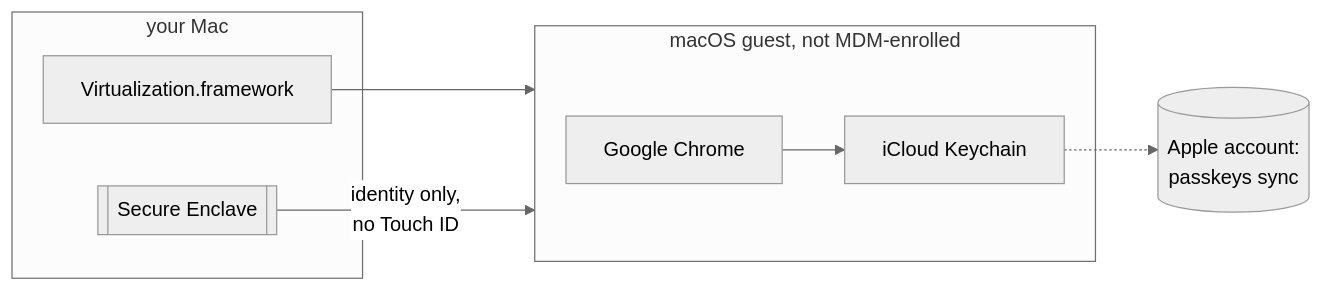
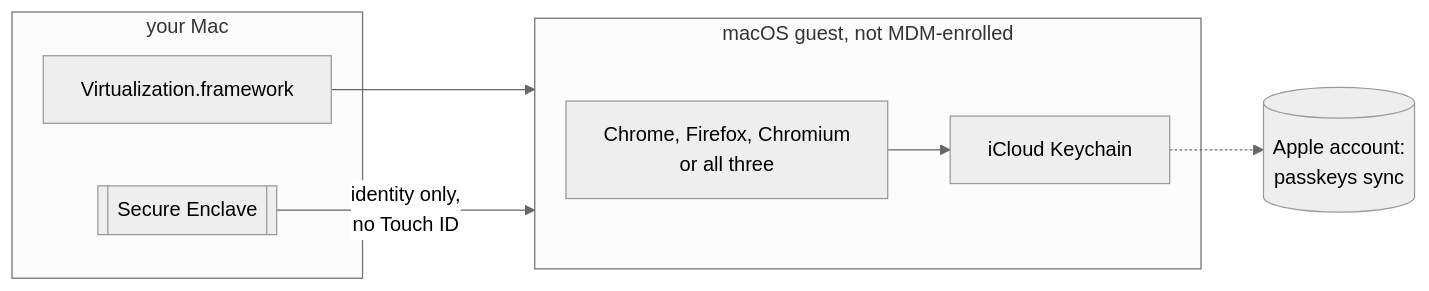
Before and after one commit to sapn95/browser-in-a-box: the third of 3 diagrams in README.md, drawn with Mermaid (neutral theme). The commit also changed other lines of this file and 1 other file, not shown here.

First line of the commit message:
docs: the diagrams show three browsers, and the README is checked against the code

````diff
--- a/README.md
+++ b/README.md
@@ -106,13 +106,13 @@
 ```mermaid
 flowchart LR
     subgraph host [your Mac]
         V[Virtualization.framework]
         S[[Secure Enclave]]
     end
     subgraph vm [macOS guest, not MDM-enrolled]
-        C[Google Chrome] --> KC[iCloud Keychain]
+        C[Chrome, Firefox, Chromium<br/>or all three] --> KC[iCloud Keychain]
     end
     V --> vm
     S -- "identity only,<br/>no Touch ID" --> vm
     KC -.-> A[(Apple account:<br/>passkeys sync)]
 ```
````
